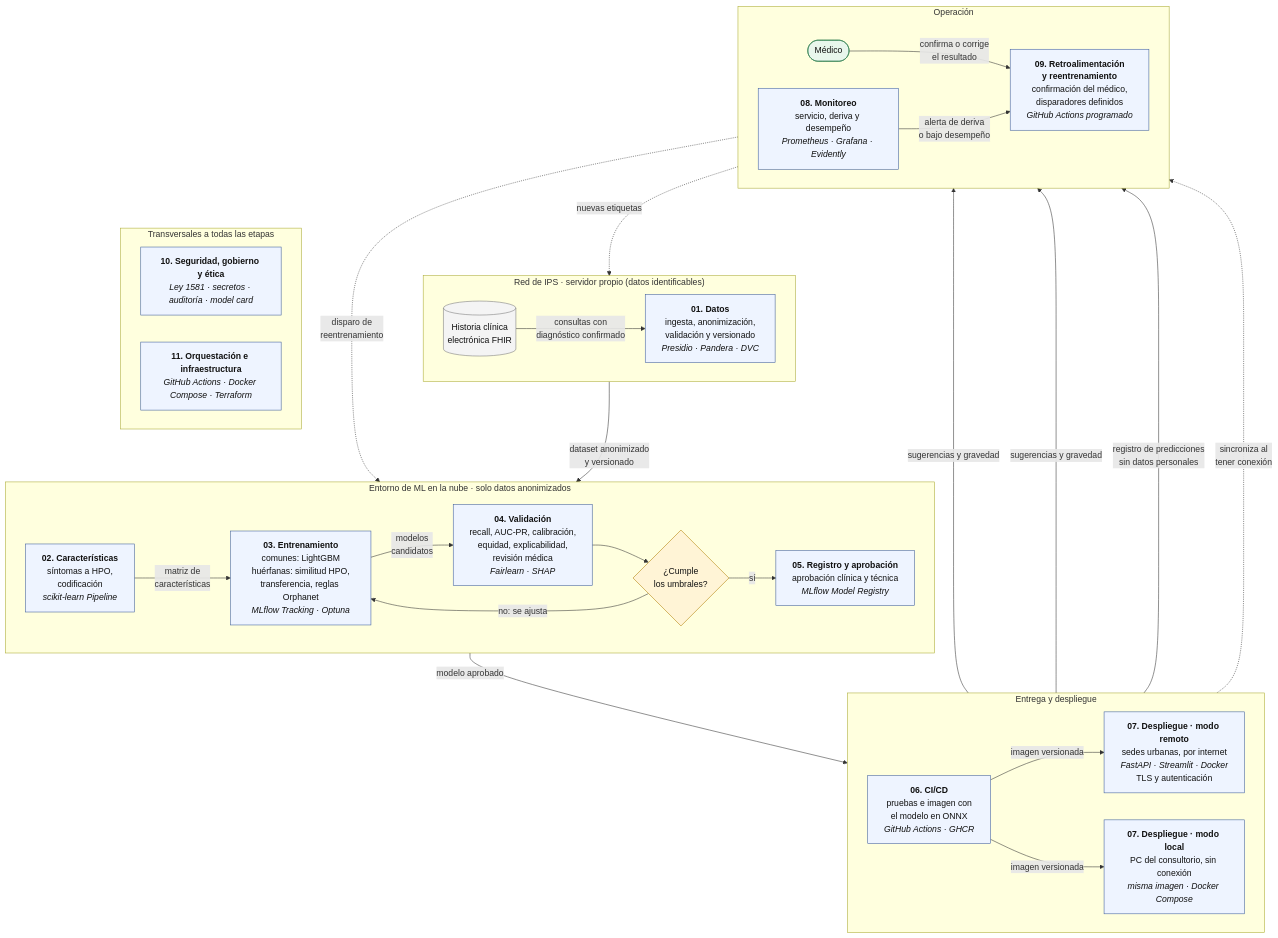
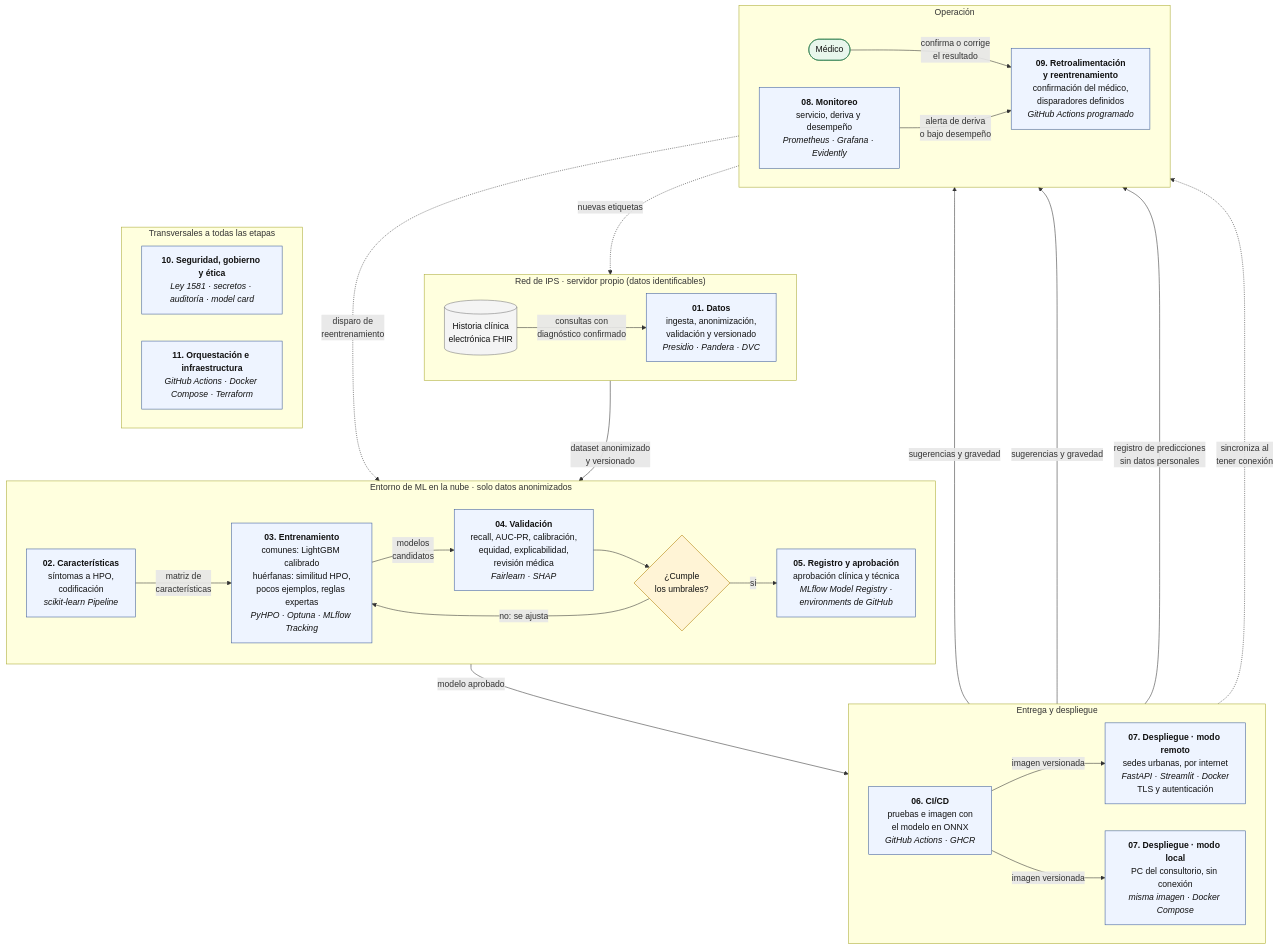
The diagram in README.md (alexanderamam1/diagnostico_enfermedades-mlops-U3), drawn with Mermaid before and after one commit. The commit also changed 1 other file, not shown here.

Commit message:
docs: alinear diagrama y tabla de etapas con las etapas 01 a 05

````diff
--- a/README.md
+++ b/README.md
@@ -9,66 +9,66 @@
 ```mermaid
 flowchart TB
     subgraph RED["Red de IPS · servidor propio (datos identificables)"]
         direction LR
         HCE[("Historia clínica<br/>electrónica FHIR")]
         D01["<b>01. Datos</b><br/>ingesta, anonimización,<br/>validación y versionado<br/><i>Presidio · Pandera · DVC</i>"]
         HCE -- "consultas con<br/>diagnóstico confirmado" --> D01
     end
 
     subgraph ML["Entorno de ML en la nube · solo datos anonimizados"]
         direction LR
         D02["<b>02. Características</b><br/>síntomas a HPO,<br/>codificación<br/><i>scikit-learn Pipeline</i>"]
-        D03["<b>03. Entrenamiento</b><br/>comunes: LightGBM<br/>huérfanas: similitud HPO,<br/>transferencia, reglas Orphanet<br/><i>MLflow Tracking · Optuna</i>"]
+        D03["<b>03. Entrenamiento</b><br/>comunes: LightGBM calibrado<br/>huérfanas: similitud HPO,<br/>pocos ejemplos, reglas expertas<br/><i>PyHPO · Optuna · MLflow Tracking</i>"]
         D04["<b>04. Validación</b><br/>recall, AUC-PR, calibración,<br/>equidad, explicabilidad,<br/>revisión médica<br/><i>Fairlearn · SHAP</i>"]
         Q{"¿Cumple<br/>los umbrales?"}
-        D05["<b>05. Registro y aprobación</b><br/>aprobación clínica y técnica<br/><i>MLflow Model Registry</i>"]
+        D05["<b>05. Registro y aprobación</b><br/>aprobación clínica y técnica<br/><i>MLflow Model Registry ·<br/>environments de GitHub</i>"]
         D02 -- "matriz de<br/>características" --> D03
         D03 -- "modelos<br/>candidatos" --> D04
         D04 --> Q
         Q -- "no: se ajusta" --> D03
         Q -- "sí" --> D05
     end
 
     subgraph ENT["Entrega y despliegue"]
         direction LR
         D06["<b>06. CI/CD</b><br/>pruebas e imagen con<br/>el modelo en ONNX<br/><i>GitHub Actions · GHCR</i>"]
         D07R["<b>07. Despliegue · modo remoto</b><br/>sedes urbanas, por internet<br/><i>FastAPI · Streamlit · Docker</i><br/>TLS y autenticación"]
         D07L["<b>07. Despliegue · modo local</b><br/>PC del consultorio, sin conexión<br/><i>misma imagen · Docker Compose</i>"]
         D06 -- "imagen versionada" --> D07R
         D06 -- "imagen versionada" --> D07L
     end
 
     subgraph OP["Operación"]
         direction LR
         MED(["Médico"])
         D08["<b>08. Monitoreo</b><br/>servicio, deriva y desempeño<br/><i>Prometheus · Grafana · Evidently</i>"]
         D09["<b>09. Retroalimentación<br/>y reentrenamiento</b><br/>confirmación del médico,<br/>disparadores definidos<br/><i>GitHub Actions programado</i>"]
         MED -- "confirma o corrige<br/>el resultado" --> D09
         D08 -- "alerta de deriva<br/>o bajo desempeño" --> D09
     end
 
     subgraph TR["Transversales a todas las etapas"]
         direction LR
         D10["<b>10. Seguridad, gobierno y ética</b><br/><i>Ley 1581 · secretos · auditoría · model card</i>"]
         D11["<b>11. Orquestación e infraestructura</b><br/><i>GitHub Actions · Docker Compose · Terraform</i>"]
     end
 
     D01 -- "dataset anonimizado<br/>y versionado" --> D02
     D05 -- "modelo aprobado" --> D06
     D07R -- "sugerencias y gravedad" --> MED
     D07L -- "sugerencias y gravedad" --> MED
     D07R -- "registro de predicciones<br/>sin datos personales" --> D08
     D07L -. "sincroniza al<br/>tener conexión" .-> D08
     D09 -. "nuevas etiquetas" .-> D01
     D09 -. "disparo de<br/>reentrenamiento" .-> D03
     OP ~~~ TR
 
     classDef etapa fill:#eef4ff,stroke:#3b5b9a,color:#111
     classDef decision fill:#fff4d6,stroke:#b07d00,color:#111
     classDef actor fill:#e8f6ec,stroke:#2e7d4f,color:#111
     classDef dato fill:#f4f4f4,stroke:#777,color:#111
     class D01,D02,D03,D04,D05,D06,D07R,D07L,D08,D09,D10,D11 etapa
     class Q decision
     class MED actor
     class HCE dato
 ```
````
